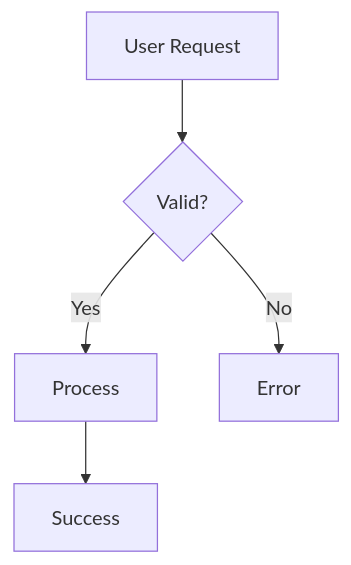
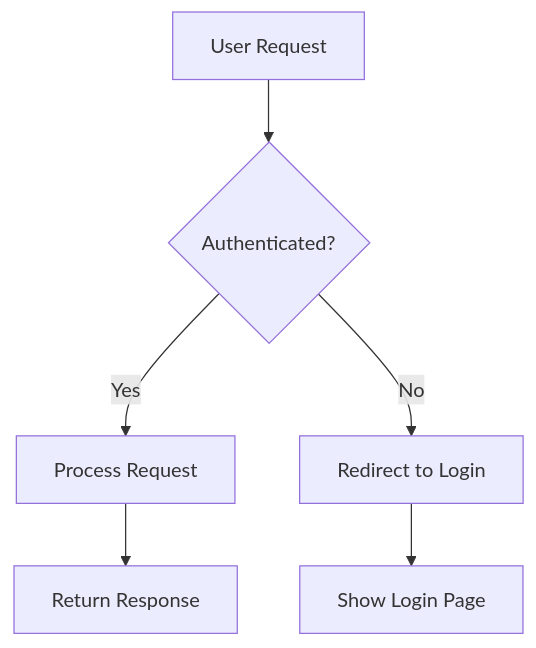
One commit to documentation-ai/DocumentationAI-Docs changed the fourth of 13 diagrams in components/mermaid.mdx. Above: the diagram before and after it, drawn with Mermaid. The commit also changed other lines of this file and 2 other files, not shown here.

Commit message:
Update columns and mermaid documentation: refine column layout options to support a maximum of 4 columns, enhance mermaid section with detailed usage examples, interactive features, and improved syntax guidelines.

````diff
--- a/components/mermaid.mdx
+++ b/components/mermaid.mdx
@@ -28,7 +91,8 @@
 ```mermaid
-flowchart TD
-    A[User Request] --> B{Valid?}
-    B -->|Yes| C[Process]
-    B -->|No| D[Error]
-    C --> E[Success]
+graph TD
+    A[User Request] --> B{Authenticated?}
+    B -->|Yes| C[Process Request]
+    B -->|No| D[Redirect to Login]
+    C --> E[Return Response]
+    D --> F[Show Login Page]
 ```
````
